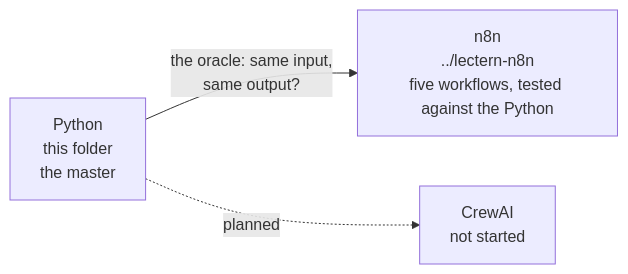
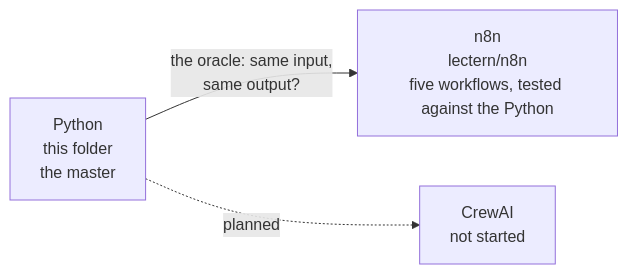
Before and after one commit to kalyan-northeastern/info-7375-computational-skepticism-for-ai: the second of 2 diagrams in fall-2026/nik-bear-brown/lectern/README.md, drawn with Mermaid. The commit also changed other lines of this file and 59 other files, not shown here.

````diff
--- a/fall-2026/nik-bear-brown/lectern/README.md
+++ b/fall-2026/nik-bear-brown/lectern/README.md
@@ -91,5 +95,5 @@
 ```mermaid
 flowchart LR
-  P["Python<br/>this folder<br/>the master"] -->|"the oracle: same input,<br/>same output?"| NN["n8n<br/>../lectern-n8n<br/>five workflows, tested against the Python"]
+  P["Python<br/>this folder<br/>the master"] -->|"the oracle: same input,<br/>same output?"| NN["n8n<br/>lectern/n8n<br/>five workflows, tested against the Python"]
   P -.->|planned| CR["CrewAI<br/>not started"]
 ```
````
